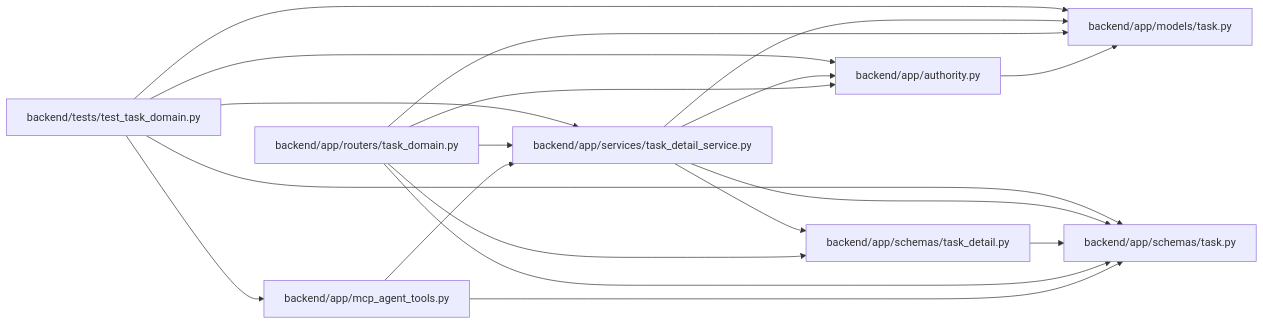
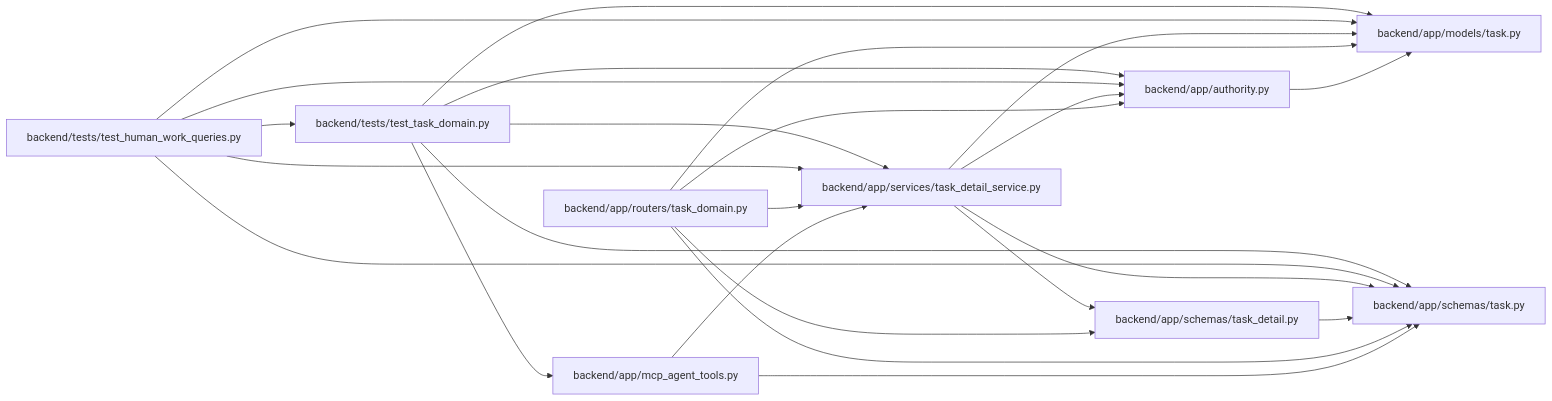
Before and after one commit to Denissvgn/WorkChord: the diagram in docs/llm_wiki/modules/task_detail_service.md, drawn with Mermaid. The commit also changed other lines of this file and 1888 other files, not shown here.

First line of the commit message:
Add human teamwork workflows, shared capacity, and task discussion (#7)

````diff
--- a/docs/llm_wiki/modules/task_detail_service.md
+++ b/docs/llm_wiki/modules/task_detail_service.md
@@ -25,37 +23,44 @@
 ```mermaid
 flowchart LR
     n0["backend/app/authority.py"]
     n1["backend/app/mcp_agent_tools.py"]
     n2["backend/app/models/task.py"]
     n3["backend/app/routers/task_domain.py"]
     n4["backend/app/schemas/task.py"]
     n5["backend/app/schemas/task_detail.py"]
     n6["backend/app/services/task_detail_service.py"]
-    n7["backend/tests/test_task_domain.py"]
+    n7["backend/tests/test_human_work_queries.py"]
+    n8["backend/tests/test_task_domain.py"]
     n0 --> n2
     n1 --> n4
     n1 --> n6
     n3 --> n0
     n3 --> n2
     n3 --> n4
     n3 --> n5
     n3 --> n6
     n5 --> n4
     n6 --> n0
     n6 --> n2
     n6 --> n4
     n6 --> n5
     n7 --> n0
-    n7 --> n1
     n7 --> n2
     n7 --> n4
     n7 --> n6
+    n7 --> n8
+    n8 --> n0
+    n8 --> n1
+    n8 --> n2
+    n8 --> n4
+    n8 --> n6
     click n0 "../modules/authority.md"
     click n1 "../modules/mcp_agent_tools.md"
     click n2 "../modules/models_task.md"
     click n3 "../modules/routers_task_domain.md"
     click n4 "../modules/schemas_task.md"
     click n5 "../modules/task_detail.md"
     click n6 "../modules/task_detail_service.md"
-    click n7 "../modules/test_task_domain.md"
+    click n7 "../modules/test_human_work_queries.md"
+    click n8 "../modules/test_task_domain.md"
 ```
````
